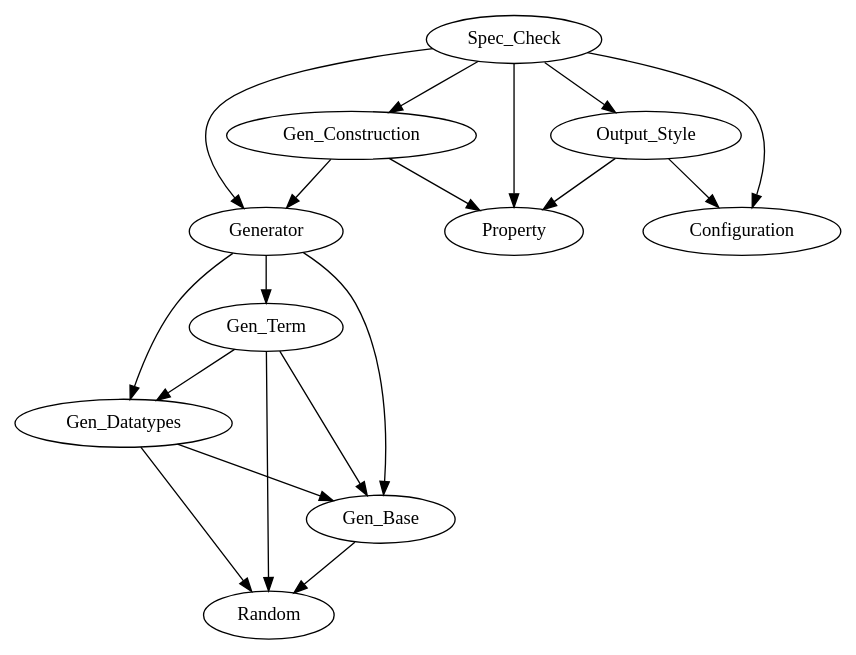
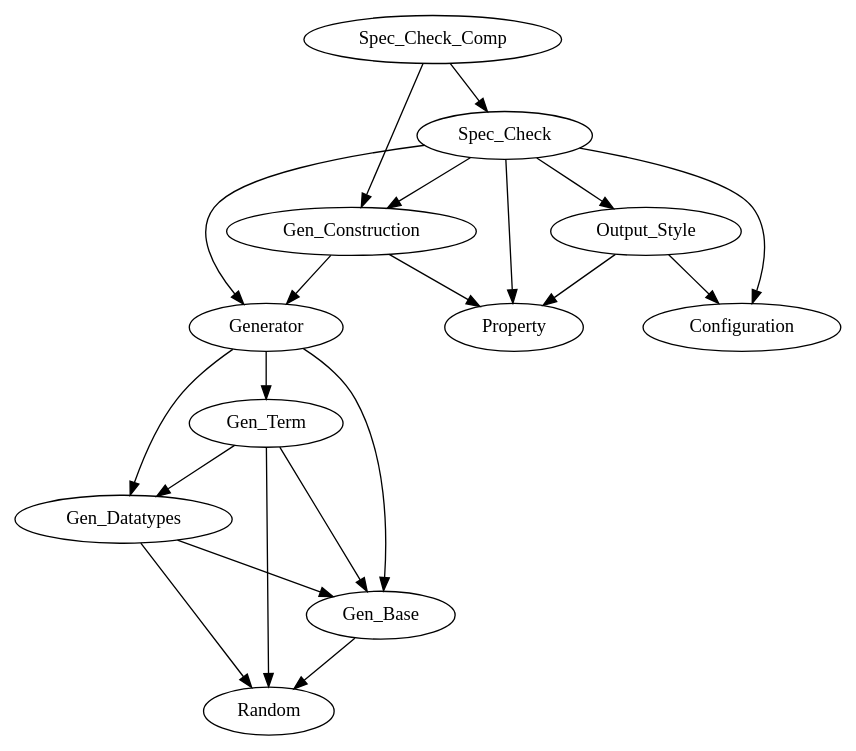
Before and after one commit to kappelmann/SpecCheck: the diagram in dependencies.dot, drawn with Graphviz. The commit also changed 2 other files, not shown here.

Commit message:
Update dependency graph

```diff
--- a/dependencies.dot
+++ b/dependencies.dot
@@ -1,20 +1,22 @@
 digraph G {
         Gen_Base -> Random
         Gen_Datatypes -> Random
         Gen_Datatypes -> Gen_Base
         Gen_Term -> Random
         Gen_Term -> Gen_Base
         Gen_Term -> Gen_Datatypes
         Generator -> Gen_Base
         Generator -> Gen_Datatypes
         Generator -> Gen_Term
         Spec_Check -> Property
         Spec_Check -> Configuration
         Spec_Check -> Generator
         Spec_Check -> Gen_Construction
         Spec_Check -> Output_Style
         Gen_Construction -> Generator
         Gen_Construction -> Property
         Output_Style -> Property
         Output_Style -> Configuration
+        Spec_Check_Comp -> Spec_Check
+        Spec_Check_Comp -> Gen_Construction
 }
```
